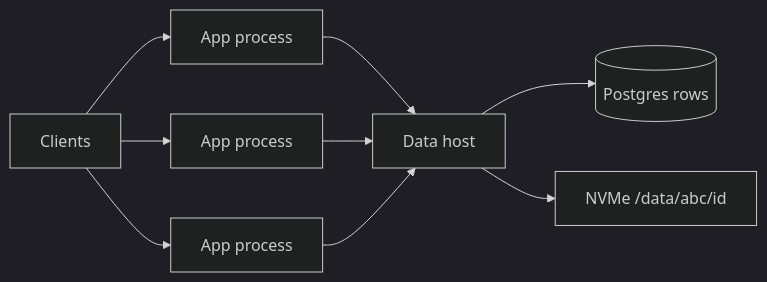
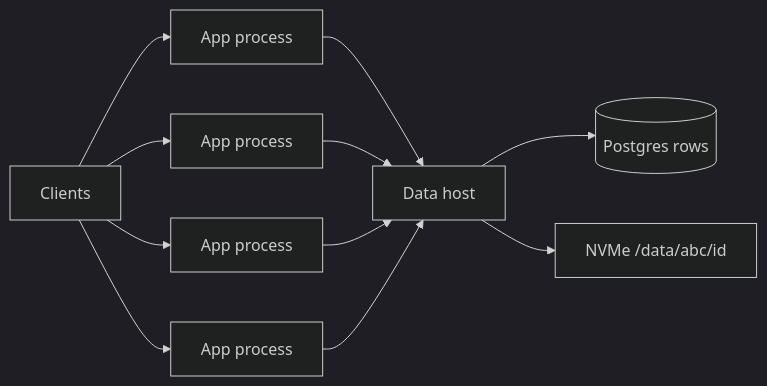
The first of 2 diagrams in days/08-the-second-box.md (arunveersingh/faang-system-design-90-days), drawn with Mermaid (dark theme) before and after one commit. The commit also changed other lines of this file and 22 other files, not shown here.

First line of the commit message:
Fix Phase 2 process math, day 28 spoilers, and mermaid rendering.

````diff
--- a/days/08-the-second-box.md
+++ b/days/08-the-second-box.md
@@ -109,11 +107,13 @@
 ```mermaid
 flowchart LR
   clients[Clients] --> app1[App process]
   clients --> app2[App process]
   clients --> app3[App process]
+  clients --> app4[App process]
   app1 --> data[Data host]
   app2 --> data
   app3 --> data
+  app4 --> data
   data --> pg[(Postgres rows)]
   data --> disk["NVMe /data/abc/id"]
 ```
````
